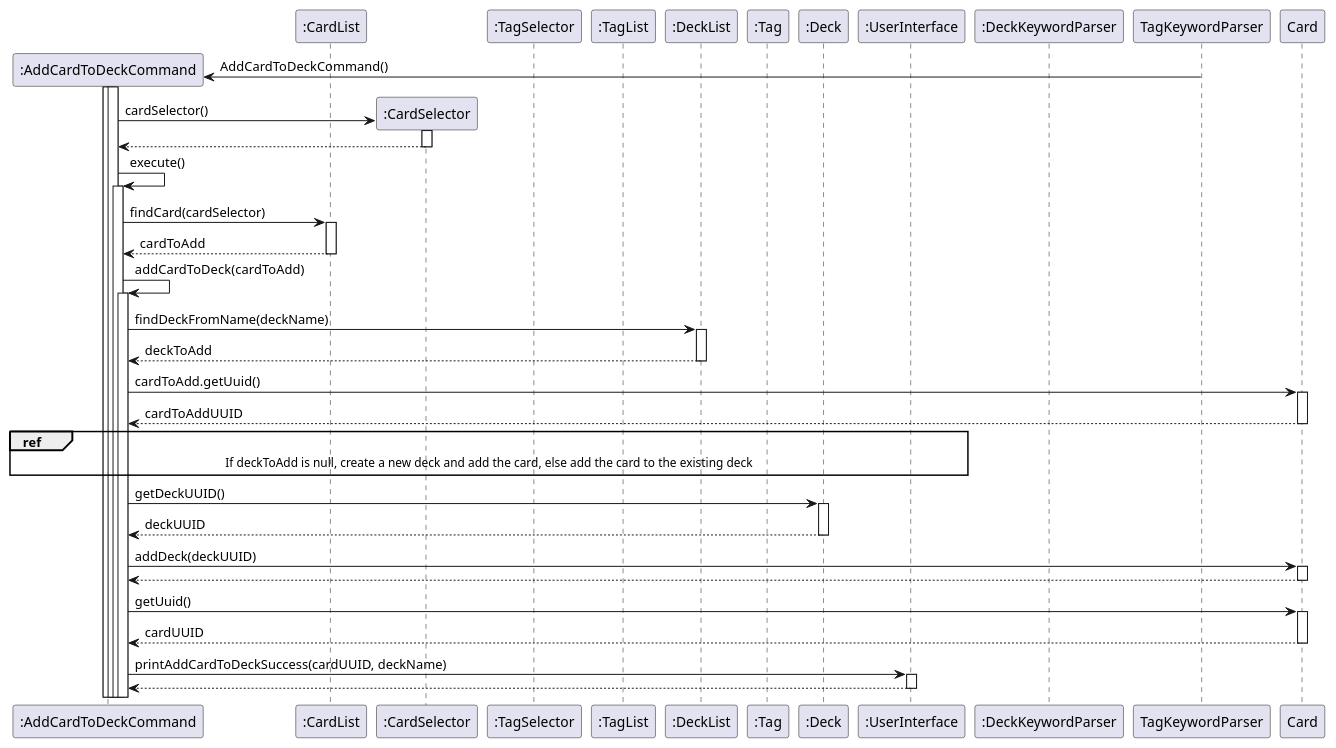
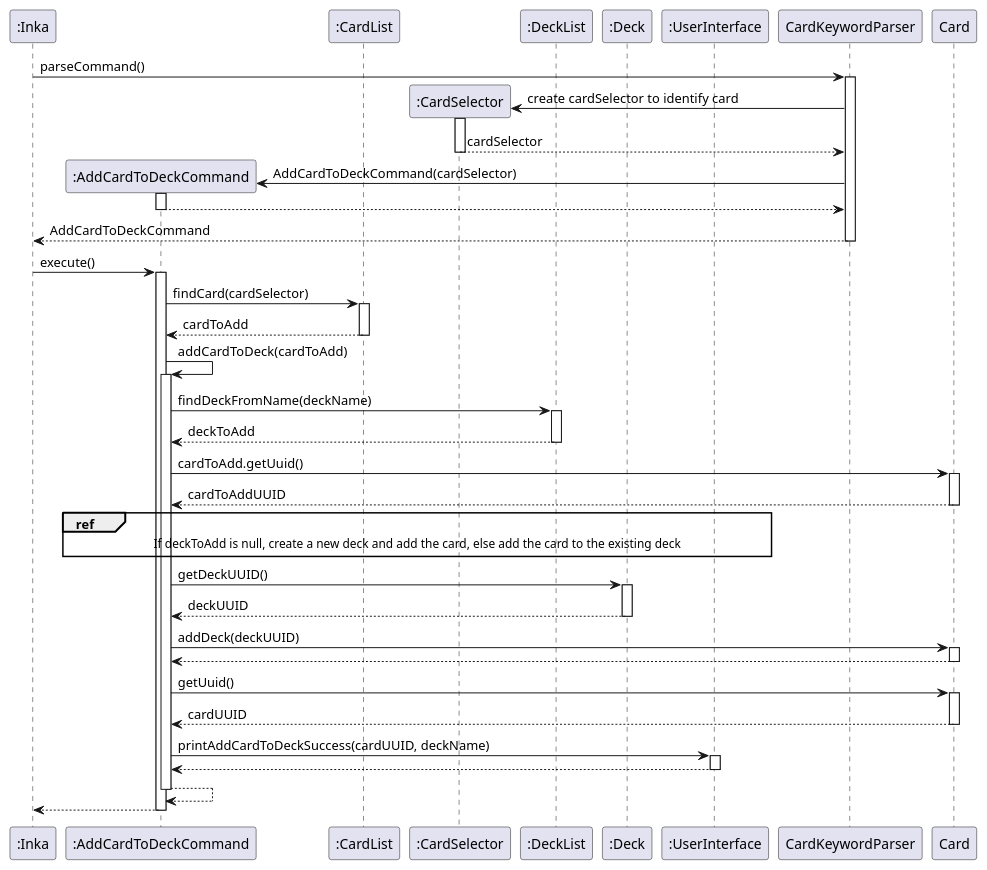
Before and after one commit to nus-cs2113-AY2223S2/tp: the diagram in docs/uml/AddCardToDeck.puml, drawn with PlantUML. The commit also changed 9 other files, not shown here.

Commit message:
Update sequence diagrams for more accurate constructor calls and etc

```diff
--- a/docs/uml/AddCardToDeck.puml
+++ b/docs/uml/AddCardToDeck.puml
@@ -1,66 +1,70 @@
 @startuml
 autoactivate on
 
+participant ":Inka" as Inka
 participant ":AddCardToDeckCommand" as AddCardToDeckCommand
-participant ":TagList" as TagList
 participant ":CardList" as CardList
 participant ":CardSelector" as CardSelector
-participant ":TagSelector" as TagSelector
-participant ":TagList" as TagList
 participant ":DeckList" as DeckList
-participant ":Tag" as Tag
 participant ":Deck" as Deck
 
 participant ":UserInterface" as UserInterface
-participant ":DeckKeywordParser" as DeckKeywordParser
+
+Inka -> CardKeywordParser : parseCommand()
+
+Create CardSelector
+CardKeywordParser -> CardSelector : create cardSelector to identify card
+return cardSelector
 
 Create AddCardToDeckCommand
-TagKeywordParser -> AddCardToDeckCommand : AddCardToDeckCommand()
-activate AddCardToDeckCommand
+CardKeywordParser -> AddCardToDeckCommand : AddCardToDeckCommand(cardSelector)
 
-Create CardSelector
-AddCardToDeckCommand -> CardSelector : cardSelector()
 return
 
-AddCardToDeckCommand -> AddCardToDeckCommand : execute()
+return AddCardToDeckCommand
+
+Inka -> AddCardToDeckCommand : execute()
 AddCardToDeckCommand -> CardList : findCard(cardSelector)
 return cardToAdd
 
 AddCardToDeckCommand -> AddCardToDeckCommand : addCardToDeck(cardToAdd)
 AddCardToDeckCommand -> DeckList : findDeckFromName(deckName)
 return deckToAdd
 AddCardToDeckCommand -> Card : cardToAdd.getUuid()
 return cardToAddUUID
 
 ref over AddCardToDeckCommand, UserInterface
 If deckToAdd is null, create a new deck and add the card, else add the card to the existing deck
 end ref
 
 'alt deckToAdd is null
 'AddCardToDeckCommand -> UserInterface : printDeckCreationSuccess()
 'return
 'AddCardToDeckCommand -> Deck : deck(deckName, cardToAddUUID)
 'return deckToAdd
 'AddCardToDeckCommand -> Deck : addCardToSet(cardToAddUUID)
 'return
 'AddCardToDeckCommand -> DeckList : addDeck(deckToAdd)
 'return
 '
 'else deckToAdd is not null
 'AddCardToDeckCommand -> Deck : addCard(cardToAddUUID)
 'return
 'AddCardToDeckCommand -> Deck : addCardToSet(cardToAddUUID)
 'return
 'end
 
 AddCardToDeckCommand -> Deck : getDeckUUID()
 return deckUUID
 AddCardToDeckCommand -> Card : addDeck(deckUUID)
 return
 
 AddCardToDeckCommand -> Card : getUuid()
 return cardUUID
 AddCardToDeckCommand -> UserInterface : printAddCardToDeckSuccess(cardUUID, deckName)
 return
 
+return
+
+return
 @enduml
```
